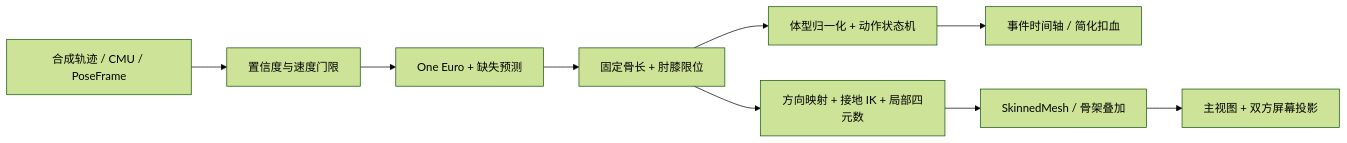
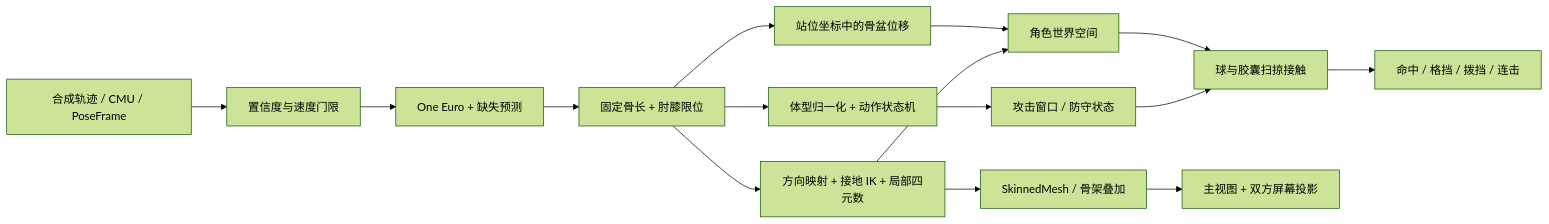
The diagram in docs/motion-lab.md (PoesisQ/3DDollFight), drawn with Mermaid (forest theme) before and after one commit. The commit also changed other lines of this file and 17 other files, not shown here.

````diff
--- a/docs/motion-lab.md
+++ b/docs/motion-lab.md
@@ -7,11 +7,17 @@
 ```mermaid
 flowchart LR
     A[合成轨迹 / CMU / PoseFrame] --> B[置信度与速度门限]
     B --> C[One Euro + 缺失预测]
     C --> D[固定骨长 + 肘膝限位]
     D --> E[体型归一化 + 动作状态机]
     D --> F[方向映射 + 接地 IK + 局部四元数]
-    E --> G[事件时间轴 / 简化扣血]
+    E --> G[攻击窗口 / 防守状态]
+    D --> J[站位坐标中的骨盆位移]
+    J --> K[角色世界空间]
+    F --> K
+    K --> L[球与胶囊扫掠接触]
+    G --> L
+    L --> M[命中 / 格挡 / 拨挡 / 连击]
     F --> H[SkinnedMesh / 骨架叠加]
     H --> I[主视图 + 双方屏幕投影]
 ```
````
